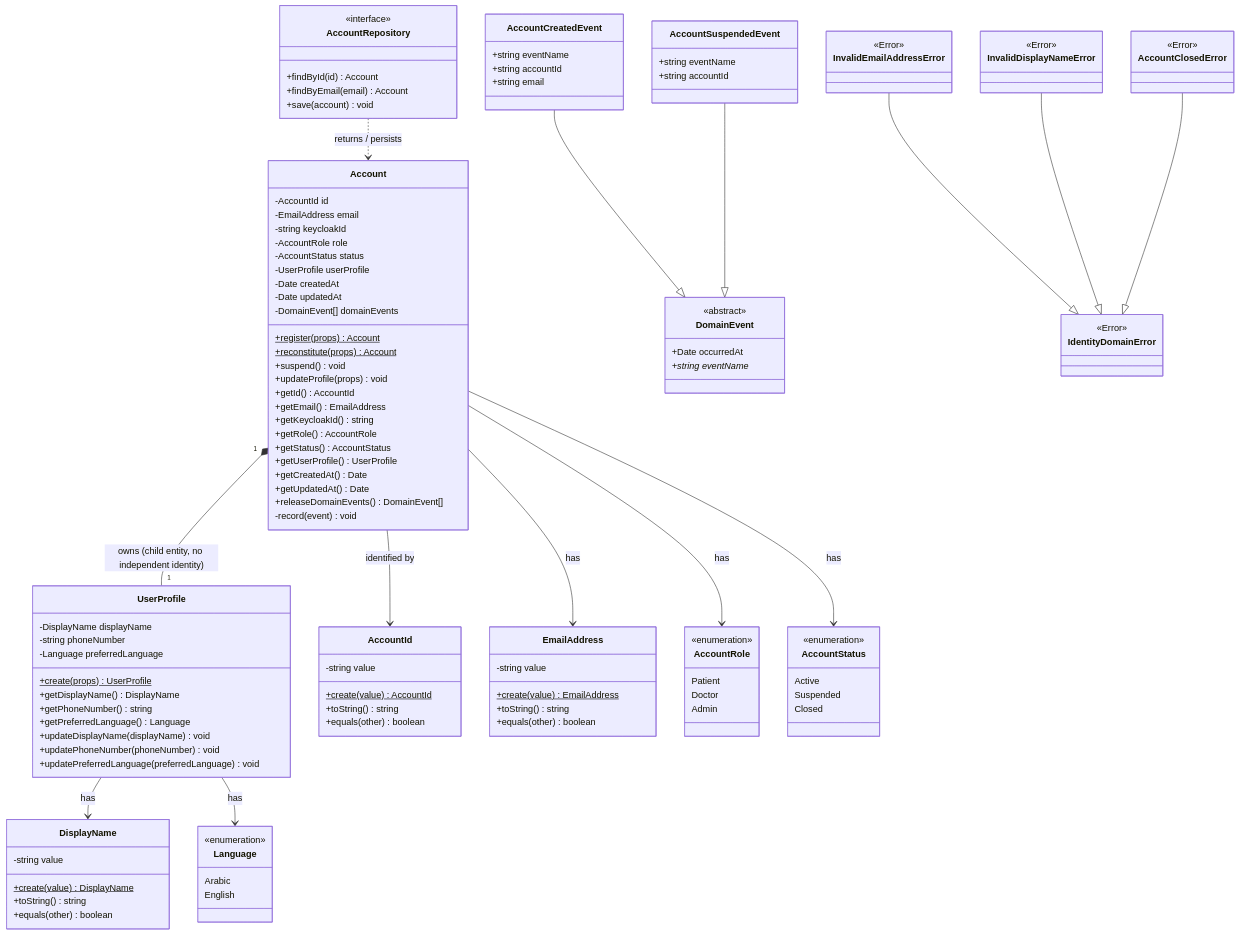
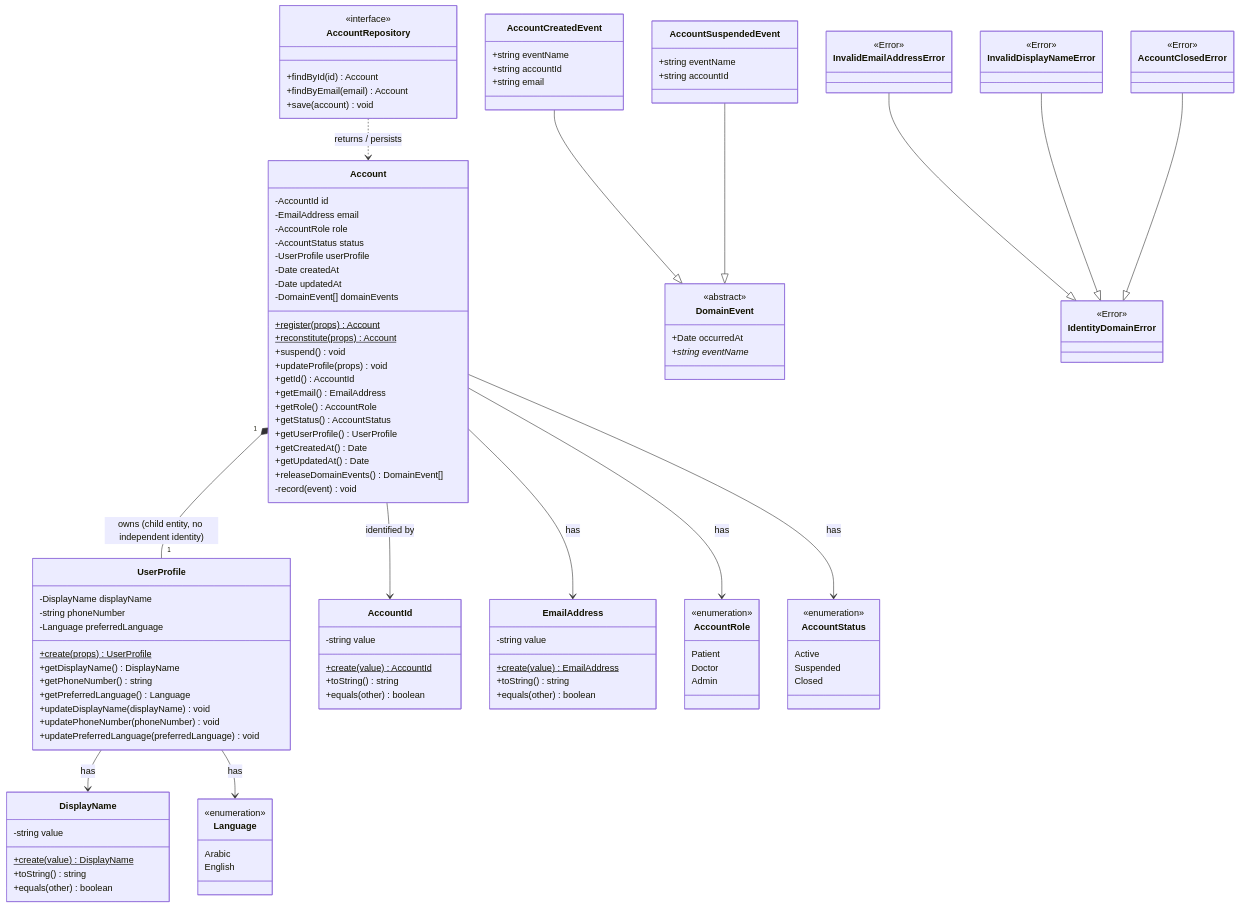
Before and after one commit to AhmedAkram14/orivex: the first of 2 diagrams in docs/diagrams/identity-domain.md, drawn with Mermaid. The commit also changed other lines of this file and 16 other files, not shown here.

First line of the commit message:
docs: update architecture docs, ADRs, and roadmap for AuthenticationModule

```diff
--- a/docs/diagrams/identity-domain.md
+++ b/docs/diagrams/identity-domain.md
@@ -9,7 +9,6 @@
     class Account {
         -AccountId id
         -EmailAddress email
-        -string keycloakId
         -AccountRole role
         -AccountStatus status
         -UserProfile userProfile
@@ -22,7 +21,6 @@
         +updateProfile(props) void
         +getId() AccountId
         +getEmail() EmailAddress
-        +getKeycloakId() string
         +getRole() AccountRole
         +getStatus() AccountStatus
         +getUserProfile() UserProfile
```
